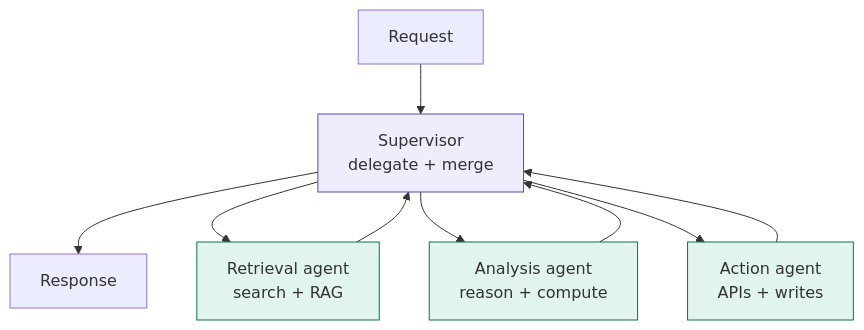
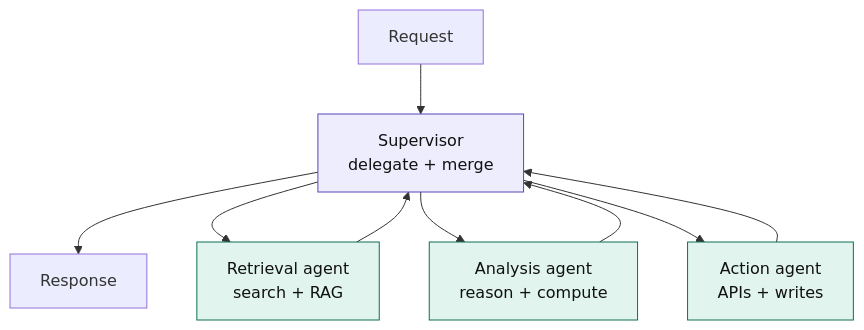
One commit to kkadapa/ai-architecture-primer changed the third of 4 diagrams in sections/03-core-patterns.md. Above: the diagram before and after it, drawn with Mermaid. The commit also changed other lines of this file and 6 other files, not shown here.

First line of the commit message:
Fix Mermaid dark-mode contrast and add diagram previews to README

````diff
--- a/sections/03-core-patterns.md
+++ b/sections/03-core-patterns.md
@@ -75,16 +75,16 @@
 ```mermaid
 flowchart TB
     REQ["Request"] --> SUP["Supervisor\ndelegate + merge"]
     SUP --> RESP["Response"]
     SUP --> A1["Retrieval agent\nsearch + RAG"]
     SUP --> A2["Analysis agent\nreason + compute"]
     SUP --> A3["Action agent\nAPIs + writes"]
     A1 --> SUP
     A2 --> SUP
     A3 --> SUP
 
-    style SUP fill:#EEEDFE,stroke:#534AB7,stroke-width:1px
-    style A1 fill:#E1F5EE,stroke:#0F6E56,stroke-width:1px
-    style A2 fill:#E1F5EE,stroke:#0F6E56,stroke-width:1px
-    style A3 fill:#E1F5EE,stroke:#0F6E56,stroke-width:1px
+    style SUP fill:#EEEDFE,stroke:#534AB7,stroke-width:1px,color:#111111
+    style A1 fill:#E1F5EE,stroke:#0F6E56,stroke-width:1px,color:#111111
+    style A2 fill:#E1F5EE,stroke:#0F6E56,stroke-width:1px,color:#111111
+    style A3 fill:#E1F5EE,stroke:#0F6E56,stroke-width:1px,color:#111111
 ```
````
